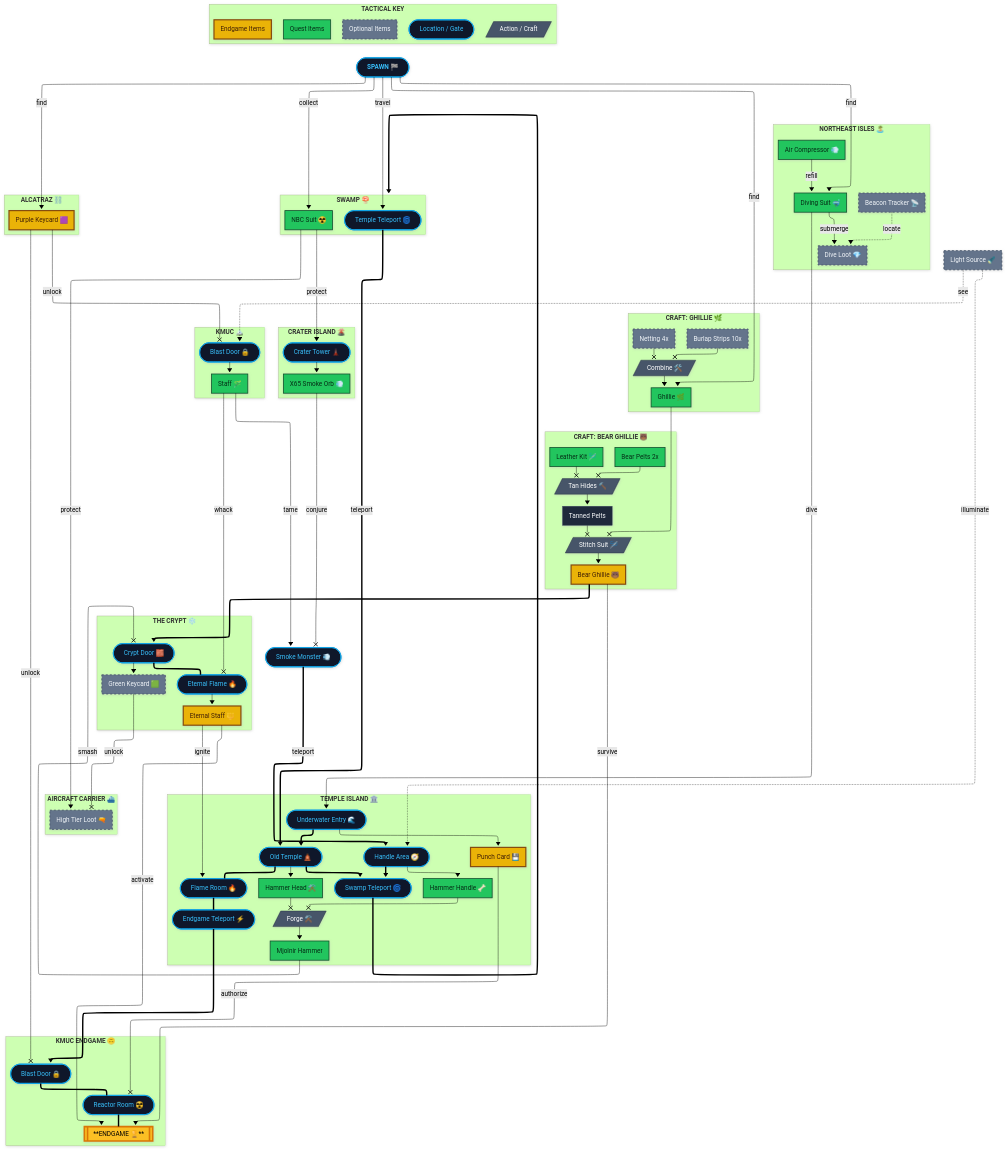
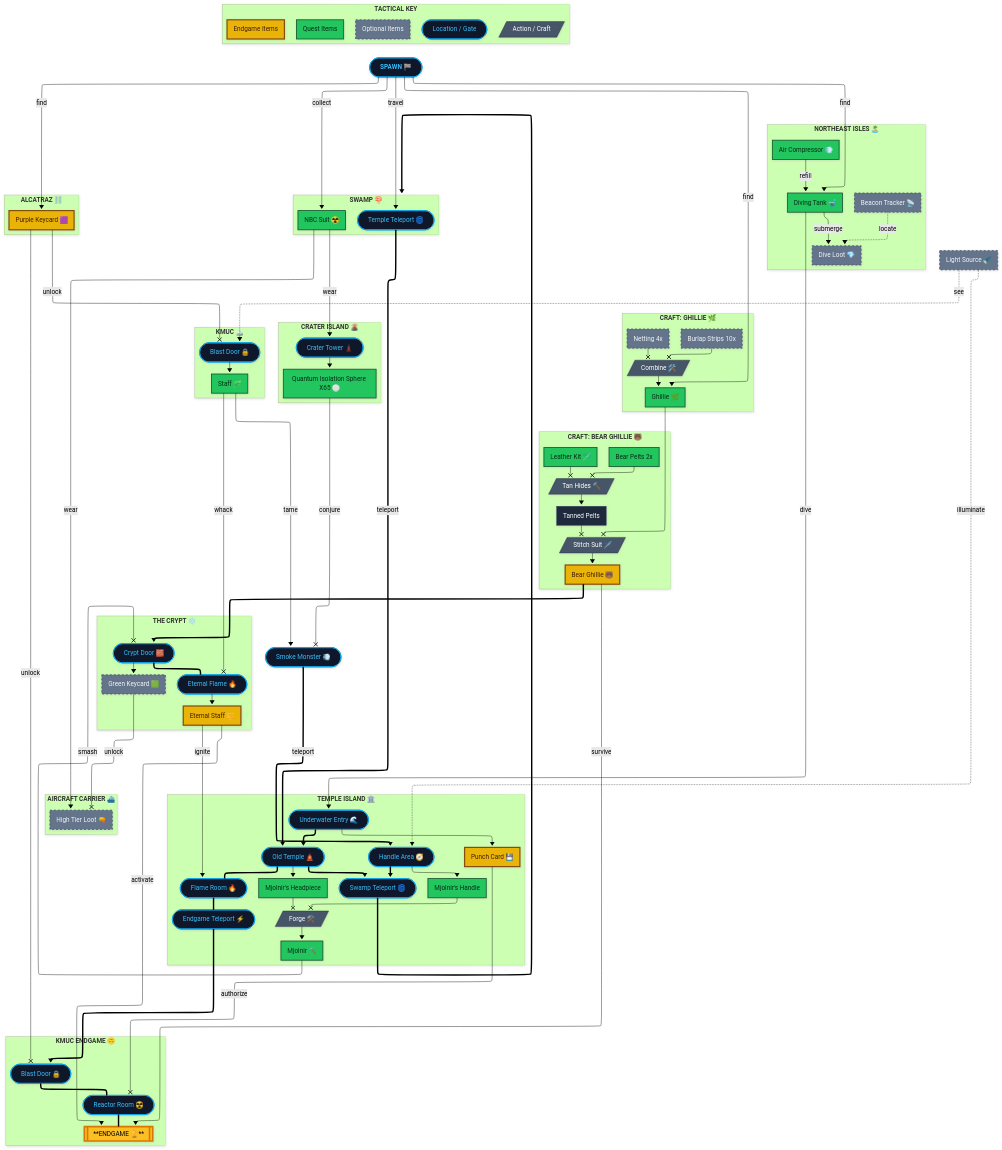
One commit to mrfootoyou/deer-isle-quest changed the diagram in deer-isle-endgame-loot-flow.mmd. Above: the diagram before and after it, drawn with Mermaid. The commit also changed 1 other file, not shown here.

```diff
--- a/deer-isle-endgame-loot-flow.mmd
+++ b/deer-isle-endgame-loot-flow.mmd
@@ -69,7 +69,7 @@
     subgraph northeast ["`**NORTHEAST ISLES 🏝️**`"]
         direction LR
         air_compressor[Air Compressor 💨]
-        dive_suit[Diving Suit 🤿]
+        dive_suit[Diving Tank 🤿]
         beacon_tracker[Beacon Tracker 📡]
         dive_loot[Dive Loot 💎]
     end
@@ -117,10 +117,10 @@
 
     subgraph crater ["`**CRATER ISLAND 🌋**`"]
         crater_tower([Crater Tower 🗼])
-        smoke_orb[X65 Smoke Orb 💨]
+        smoke_orb[Quantum Isolation Sphere X65 ⚪]
     end
     crater_tower --> smoke_orb
-    nbc_suit --> |protect|crater_tower
+    nbc_suit --> |wear|crater_tower
 
     subgraph kmuc_entry ["`**KMUC 🏔️**`"]
         kmuc_blast_door([Blast Door 🔒])
@@ -143,10 +143,10 @@
         temple_swamp_teleport([Swamp Teleport 🌀])
         temple_flame([Flame Room 🔥])
         temple_endgame_teleport([Endgame Teleport ⚡])
-        hammer_head[Hammer Head ⚒️]
-        hammer_handle[Hammer Handle 🦴]
+        hammer_head[Mjolnir's Headpiece]
+        hammer_handle[Mjolnir's Handle]
         make_hammer[/Forge ⚒️/]
-        hammer[Mjolnir Hammer]
+        hammer[Mjolnir 🔨]
     end
     dive_suit --> |dive|temple_dive_entry
     temple_dive_entry --> punch_card
@@ -181,7 +181,7 @@
     subgraph carrier ["`**AIRCRAFT CARRIER ⛴️**`"]
         carrier_loot[High Tier Loot 🔫]
     end
-    nbc_suit --> |protect|carrier_loot
+    nbc_suit --> |wear|carrier_loot
     green_keycard --x |unlock|carrier_loot
 
     subgraph kmuc_endgame ["`**KMUC ENDGAME 🙃**`"]
```
